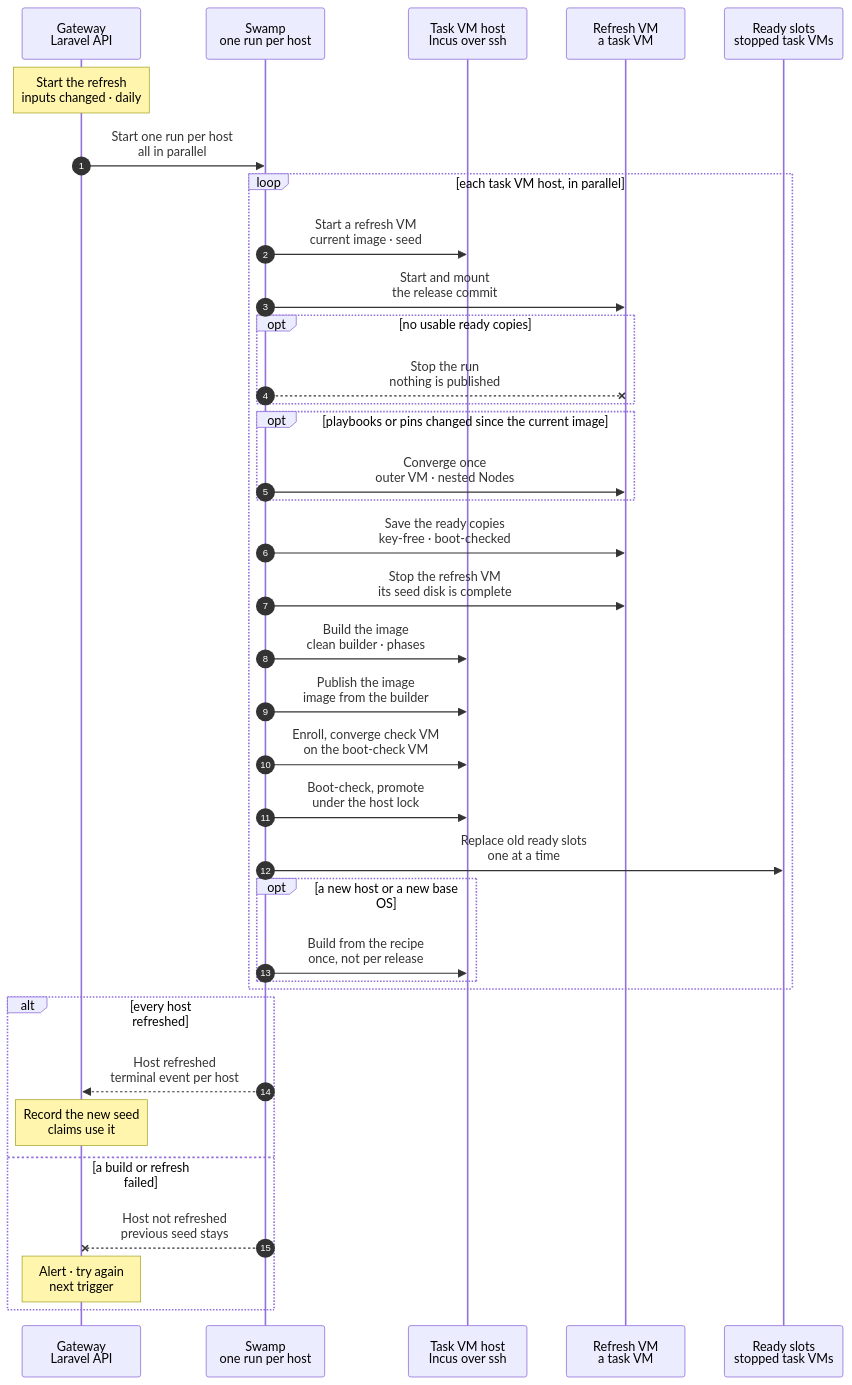
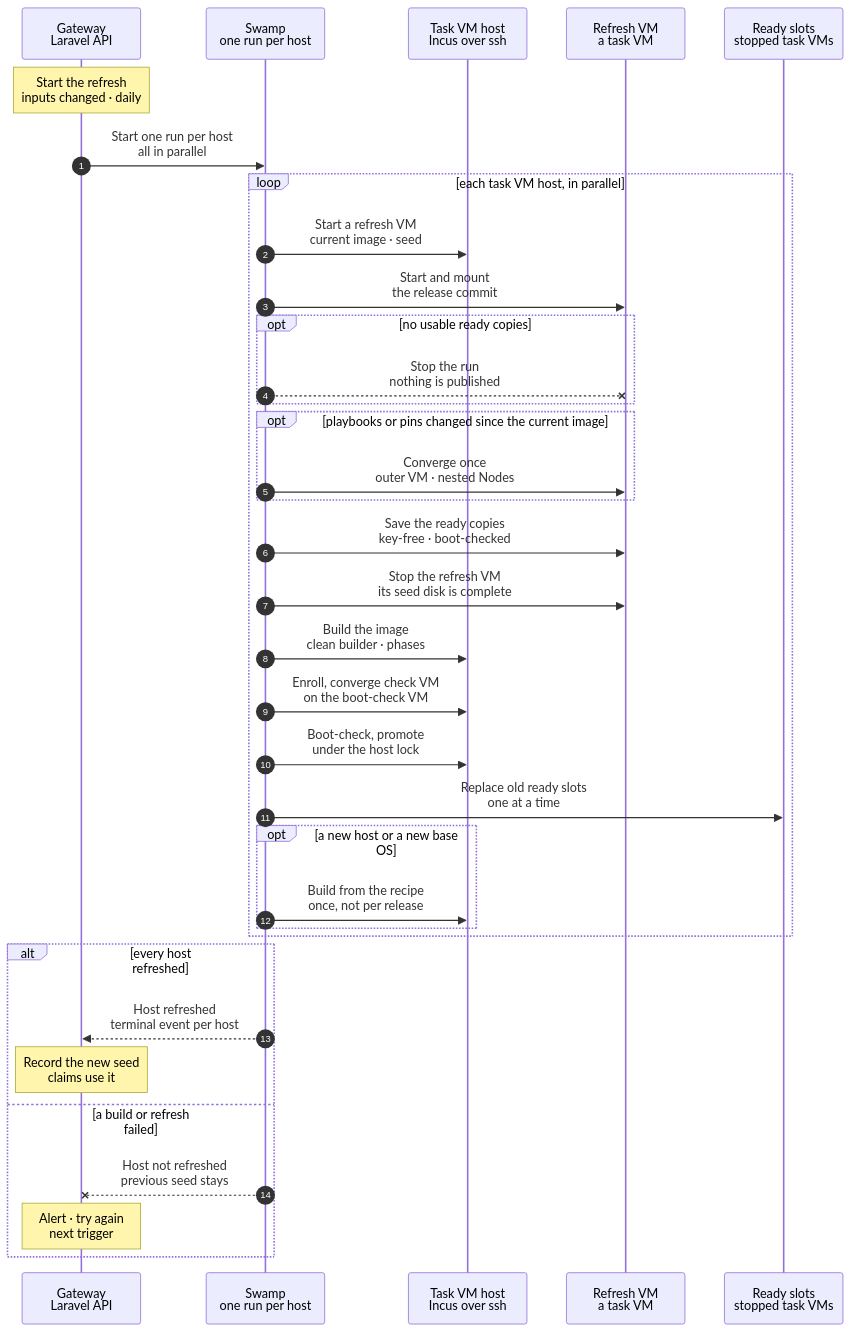
The diagram in docs/reference/pipeline/6-task-image-seed-refresh.mmd (hardimpactdev/orbit), drawn with Mermaid before and after one commit. The commit also changed 1 other file, not shown here.

Commit message:
docs(pipeline): the clean builder is one shared child, and the chart names its risks

```diff
--- a/docs/reference/pipeline/6-task-image-seed-refresh.mmd
+++ b/docs/reference/pipeline/6-task-image-seed-refresh.mmd
@@ -69,23 +69,26 @@
     SW->>VM: Stop the refresh VM<br/>its seed disk is complete
     %%> Decided by the orchestrator, for Nick's review (Nick approved 2026-11-06):
     %%> - the refresh VM yields only its seed disk and is never published; it is stopped so that the copy of the disk is consistent
-    %%> - this removes what existed because an enrolled VM was published: the withdraw step, the identity check, the `enrolled` branch of `task-vm-image-clean`, and the `incus admin sql` surgery in the seed attach (an image published from a VM that had the seed pool attached held stale pool records)
+    %%> - the seed disk holds only the `node-template` and the `fleet-ready-*` copies; the running nested guests are on the VM's own disk and go with the VM
+    %%> - this removes what existed because an enrolled VM was published: the withdraw step, the identity check and the `enrolled` branch of `task-vm-image-clean`
     SW->>H: Build the image<br/>clean builder · phases
     %%> Decided by the orchestrator, for Nick's review (Nick approved 2026-11-06):
-    %%> - the image is published from a builder: a clone of the current image, never enrolled, never attached to a seed, brought to the pins of the release by the phases `software`, `tools` and `check` (the child `task-vm-image-ansible`, as the image build runs them)
-    %%> - the child `task-vm-image-clean` then cleans it as in the image build (cloud-init, machine-id, SSH host keys, trim, stop), so there is one clean step and it has no enrolled branch
+    %%> - the image is published from a builder: a clone of the image the refresh VM started from (its fingerprint, `candidate.source`), named `candidate.builder`, never enrolled, with no seed attached
+    %%> - the builder is brought to the pins of the release by the phases `software`, `tools` and `check`, then cleaned by `task-vm-image-clean` (cloud-init, machine-id, SSH host keys, trim, stop), which has no enrolled branch
+    %%> - the sequence from the launch to the publication is one child workflow, `task-vm-image-builder`, shared with the image build (`task_vm.image_build`), so the two cannot drift apart; the child returns the fingerprint
+    %%> - before the publication one assert checks that the builder has no `topology-seed` pool: an image must never carry the seed pool of the VM it came from
     %%> What it does:
-    %%> - clones the builder from the alias of the current image, waits for its guest agent and cloud-init, runs the phases, cleans and stops it
-    SW->>H: Publish the image<br/>image from the builder
-    %%> What it does:
-    %%> - publishes the stopped builder under a candidate alias and reads its fingerprint
+    %%> - clones the builder, waits for its guest agent and cloud-init, runs the phases, asserts the pools, cleans and stops it, publishes it under a candidate alias and reads its fingerprint
+    %%> Risks the run accepts:
+    %%> - the ready copies are made on the refresh VM from the old image, and the image comes from the builder; the next provision is the check of the pair, and `-previous` (image and old seed) is the rollback
+    %%> - the `incus admin sql` surgery in the seed attach stays until every host serves an image whose lineage never held the seed pool, for example one rebuilt from stock with `task_vm.image_build`; the pool assert keeps that lineage clean, and a later PR deletes the surgery
     SW->>H: Enroll, converge check VM<br/>on the boot-check VM
     %%> Decided by the orchestrator, for Nick's review:
     %%> - a release can trigger a refresh with nobody watching, and a refresh starts from the image the host serves, so one bad image would reach every later provision; the candidate is therefore enrolled and converged before it is promoted
     %%> - on the throwaway VM of the boot check, after its check phase, the run enrolls the guest with the same bootstrap steps as an enrollment (account, key, sudoers file, observer install and verify), then converges it to the pins with the phases `software`, `tools` and `check`
     %%> - the bootstrap steps are one child workflow, `task-vm-bootstrap`, which `task-vm-enrollment` calls too, so the check and a real enrollment cannot drift apart
     %%> - the promotion waits for both steps; a candidate that cannot be enrolled or converged promotes nothing
-    %%> Built: the steps `Enroll the check VM` (the child `task-vm-bootstrap`, which `task-vm-enrollment` calls too) and `Converge the check VM` (the child `task-vm-image-ansible`, phases `software`, `tools` and `check`), after the identity check and before the seed copy
+    %%> Built: the steps `Enroll the check VM` (the child `task-vm-bootstrap`, which `task-vm-enrollment` calls too) and `Converge the check VM` (the child `task-vm-image-ansible`, phases `software`, `tools` and `check`), before the seed copy; the enrollment of the check VM is the guard against enrollment files left in an image
     %%> Not covered:
     %%> - the WireGuard peer, the observer start and the nested fleet: they need a Gateway-admitted Node, so the next provision is their check
     SW->>H: Boot-check, promote<br/>under the host lock
@@ -97,8 +100,6 @@
     %%> - boots a throwaway copy of each ready copy and of the image to check them, then promotes both and destroys the refresh VM
     %%> - keeps the old image and seed as `-previous`, the rollback copy; cleanup always runs
     %%> - a failed step keeps the old image and seed: the builder, and with it the publication and the promotion, run only after the VM step and the save of the ready copies passed, so a VM whose fleet failed its readiness check promotes nothing
-    %%> Not built:
-    %%> - the whole refresh from a running task VM; today the seed refresh boots a builder from the image and has no topology build or ready copies (the old reset was removed), and the image is built from the recipe
     SW->>SL: Replace old ready slots<br/>one at a time
     %%> Target, not built:
     %%> - destroys a ready slot made from the old image, enrols a new one from the new image, then takes the next
```
